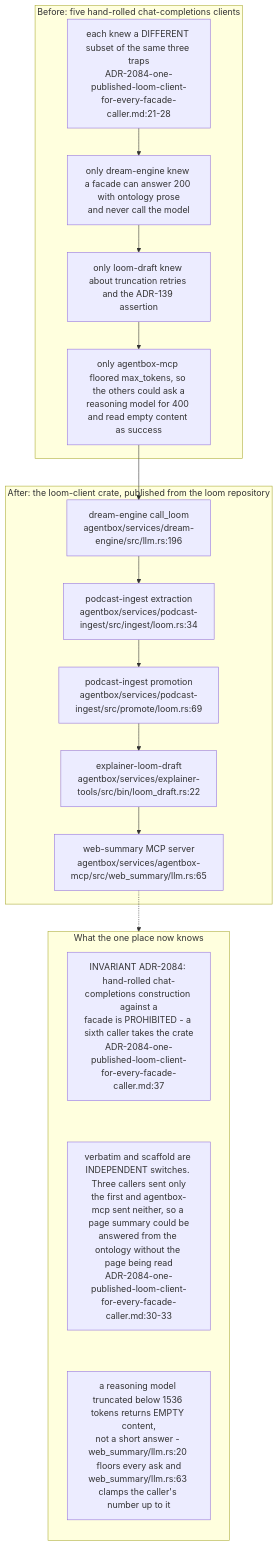
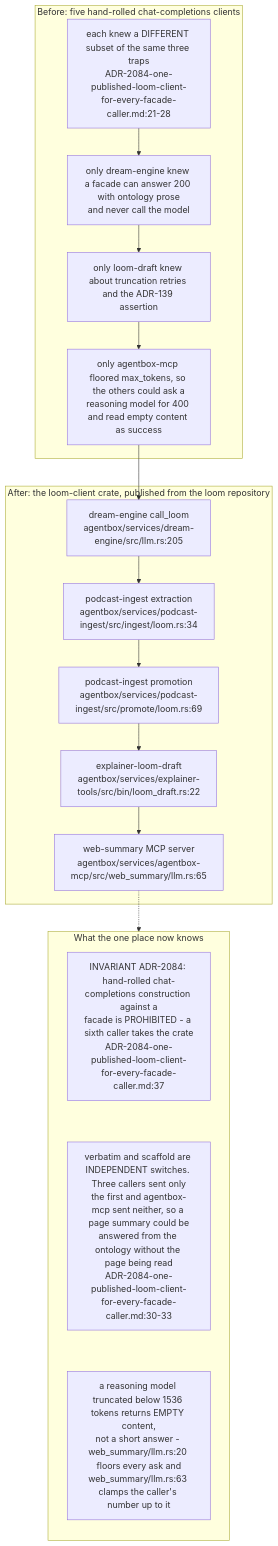
The ninth of 13 diagrams in docs/diagrams/agentbox/24-loom-facade.md (DreamLab-AI/VisionFlow), drawn with Mermaid before and after one commit. The commit also changed other lines of this file and 111 other files, not shown here.

Commit message:
docs(diagrams): align estate maps with current source

````diff
--- a/docs/diagrams/agentbox/24-loom-facade.md
+++ b/docs/diagrams/agentbox/24-loom-facade.md
@@ -345,27 +345,27 @@
 ```mermaid
 flowchart TB
     subgraph before["Before: five hand-rolled chat-completions clients"]
         B1["each knew a DIFFERENT subset of the same three traps<br/>ADR-2084-one-published-loom-client-for-every-facade-caller.md:21-28"]
         B2["only dream-engine knew a facade can answer 200 with ontology prose<br/>and never call the model"]
         B3["only loom-draft knew about truncation retries and the ADR-139 assertion"]
         B4["only agentbox-mcp floored max_tokens, so the others could ask a<br/>reasoning model for 400 and read empty content as success"]
         B1 --> B2 --> B3 --> B4
     end
     subgraph after["After: the loom-client crate, published from the loom repository"]
-        C1["dream-engine call_loom<br/>agentbox/services/dream-engine/src/llm.rs:196"]
+        C1["dream-engine call_loom<br/>agentbox/services/dream-engine/src/llm.rs:205"]
         C2["podcast-ingest extraction<br/>agentbox/services/podcast-ingest/src/ingest/loom.rs:34"]
         C3["podcast-ingest promotion<br/>agentbox/services/podcast-ingest/src/promote/loom.rs:69"]
         C4["explainer-loom-draft<br/>agentbox/services/explainer-tools/src/bin/loom_draft.rs:22"]
         C5["web-summary MCP server<br/>agentbox/services/agentbox-mcp/src/web_summary/llm.rs:65"]
     end
     B4 --> C1
     C1 --> C2 --> C3 --> C4 --> C5
     subgraph knows["What the one place now knows"]
         direction TB
         K1["INVARIANT ADR-2084: hand-rolled chat-completions construction against a<br/>facade is PROHIBITED - a sixth caller takes the crate<br/>ADR-2084-one-published-loom-client-for-every-facade-caller.md:37"]
         K2["verbatim and scaffold are INDEPENDENT switches. Three callers sent only<br/>the first and agentbox-mcp sent neither, so a page summary could be<br/>answered from the ontology without the page being read<br/>ADR-2084-one-published-loom-client-for-every-facade-caller.md:30-33"]
         K3["a reasoning model truncated below 1536 tokens returns EMPTY content,<br/>not a short answer - web_summary/llm.rs:20 floors every ask and<br/>web_summary/llm.rs:63 clamps the caller's number up to it"]
         K1 ~~~ K2 ~~~ K3
     end
     C5 -.-> knows
 ```
````
